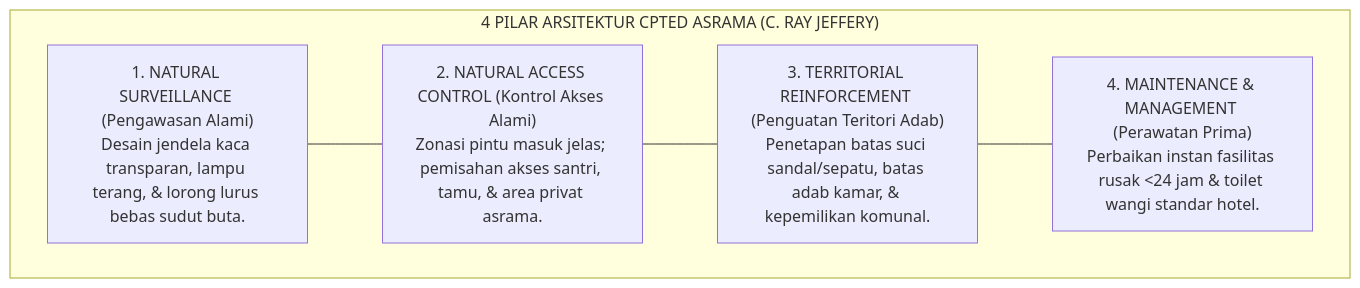
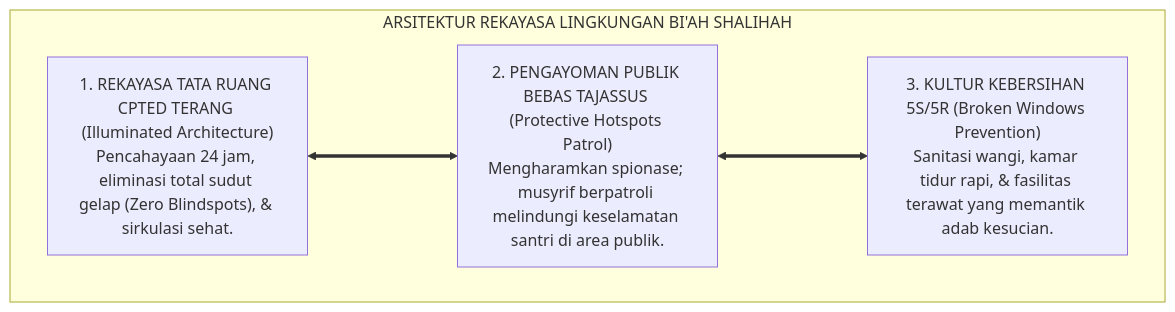
Before and after one commit to wandiapriliyandi/tumbuh: the second of 4 diagrams in 01 Philosophy/06 Change/P1-06-03-Ekosistem-Biah-Shalihah-dan-Desain-Lingkungan.md, drawn with Mermaid. The commit also changed other lines of this file and 7 other files, not shown here.

````diff
--- a/01 Philosophy/06 Change/P1-06-03-Ekosistem-Biah-Shalihah-dan-Desain-Lingkungan.md
+++ b/01 Philosophy/06 Change/P1-06-03-Ekosistem-Biah-Shalihah-dan-Desain-Lingkungan.md
@@ -113,14 +118,13 @@
 ```mermaid
-graph TD
-    subgraph EmpatPilarCPTEDPesantren["4 PILAR ARSITEKTUR CPTED ASRAMA (C. RAY JEFFERY)"]
-        P1["1. NATURAL SURVEILLANCE (Pengawasan Alami)<br/>Desain jendela kaca transparan, lampu terang, & lorong lurus bebas sudut buta."]
+flowchart TD
+    subgraph ArsitekturBiahShalihahTUMBUH["ARSITEKTUR REKAYASA LINGKUNGAN BI'AH SHALIHAH"]
         
-        P2["2. NATURAL ACCESS CONTROL (Kontrol Akses Alami)<br/>Zonasi pintu masuk jelas; pemisahan akses santri, tamu, & area privat asrama."]
+        B1_Sayap["1. REKAYASA TATA RUANG CPTED TERANG (Illuminated Architecture)<br/>Pencahayaan 24 jam, eliminasi total sudut gelap (Zero Blindspots), & sirkulasi sehat."]
         
-        P3["3. TERRITORIAL REINFORCEMENT (Penguatan Teritori Adab)<br/>Penetapan batas suci sandal/sepatu, batas adab kamar, & kepemilikan komunal."]
+        B2_Sayap["2. PENGAYOMAN PUBLIK BEBAS TAJASSUS (Protective Hotspots Patrol)<br/>Mengharamkan spionase; musyrif berpatroli melindungi keselamatan santri di area publik."]
         
-        P4["4. MAINTENANCE & MANAGEMENT (Perawatan Prima)<br/>Perbaikan instan fasilitas rusak <24 jam & toilet wangi standar hotel."]
+        B3_Sayap["3. KULTUR KEBERSIHAN 5S/5R (Broken Windows Prevention)<br/>Sanitasi wangi, kamar tidur rapi, & fasilitas terawat yang memantik adab kesucian."]
         
-        P1 --- P2 --- P3 --- P4
+        B1_Sayap <===> B2_Sayap <===> B3_Sayap
     end
 ```
````
